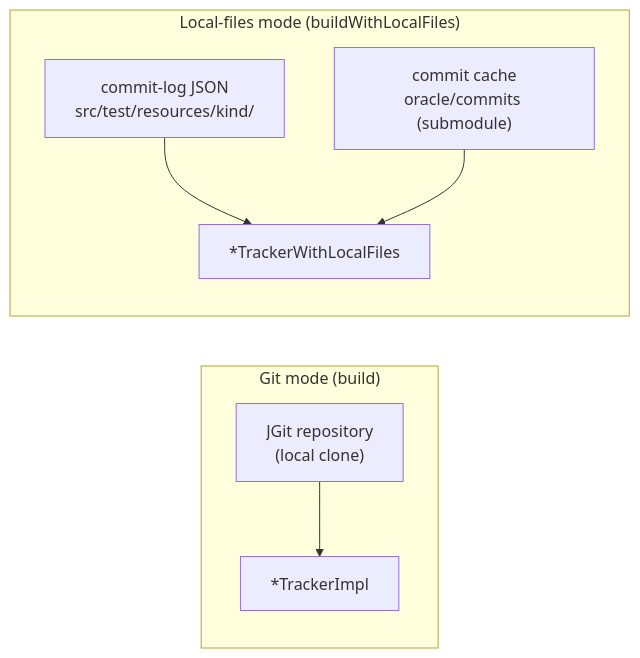
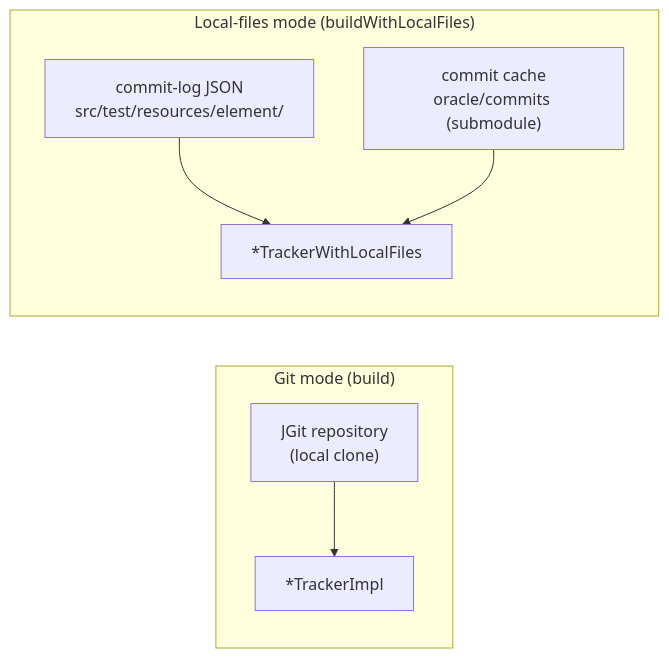
One commit to parinaz-st/code-tracker changed the second of 2 diagrams in docs/architecture/03-tracking-algorithm.md. Above: the diagram before and after it, drawn with Mermaid. The commit also changed other lines of this file and 11 other files, not shown here.

````diff
--- a/docs/architecture/03-tracking-algorithm.md
+++ b/docs/architecture/03-tracking-algorithm.md
@@ -53,10 +53,10 @@
 ```mermaid
 flowchart LR
     subgraph git["Git mode (build)"]
         R1["JGit repository<br/>(local clone)"] --> T1["*TrackerImpl"]
     end
     subgraph off["Local-files mode (buildWithLocalFiles)"]
-        J["commit-log JSON<br/>src/test/resources/kind/"] --> T2["*TrackerWithLocalFiles"]
+        J["commit-log JSON<br/>src/test/resources/element/"] --> T2["*TrackerWithLocalFiles"]
         CC["commit cache<br/>oracle/commits (submodule)"] --> T2
     end
 ```
````
